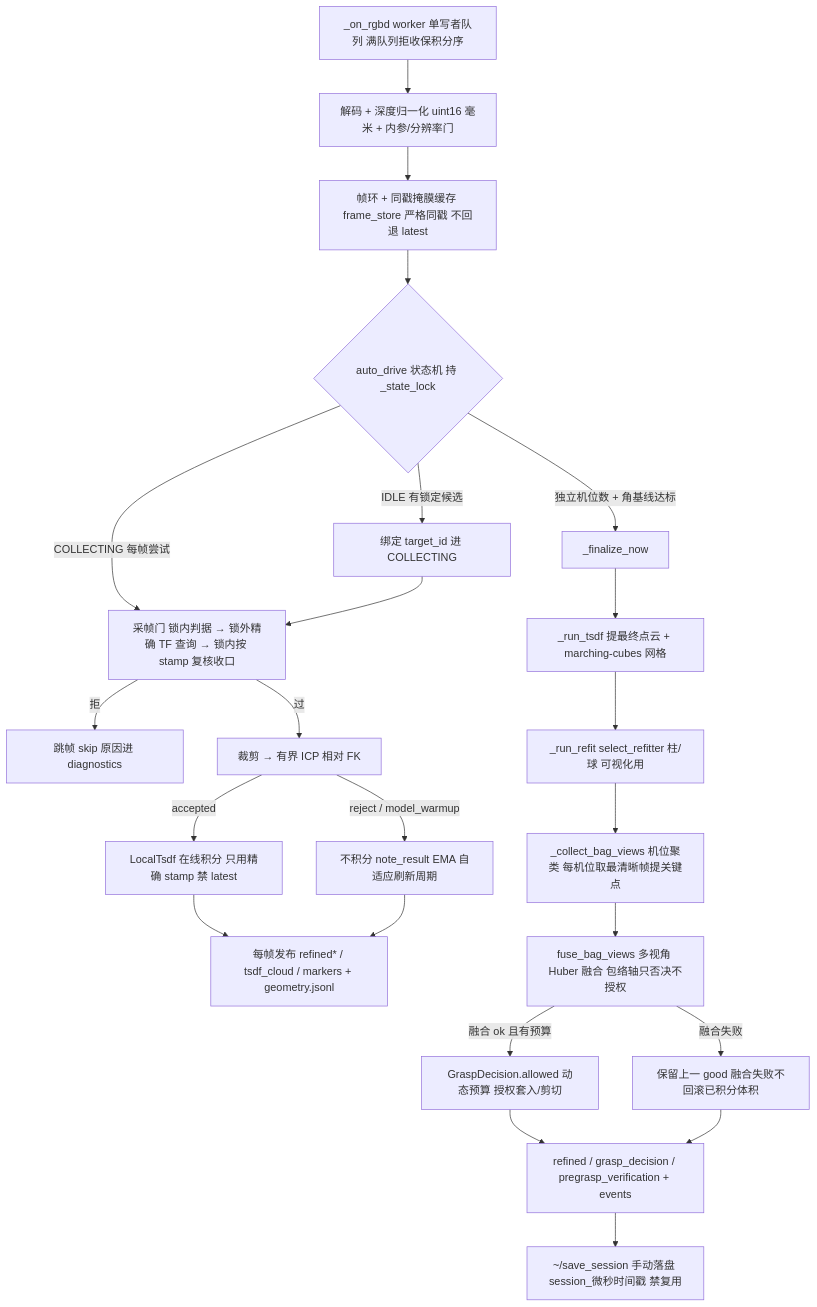
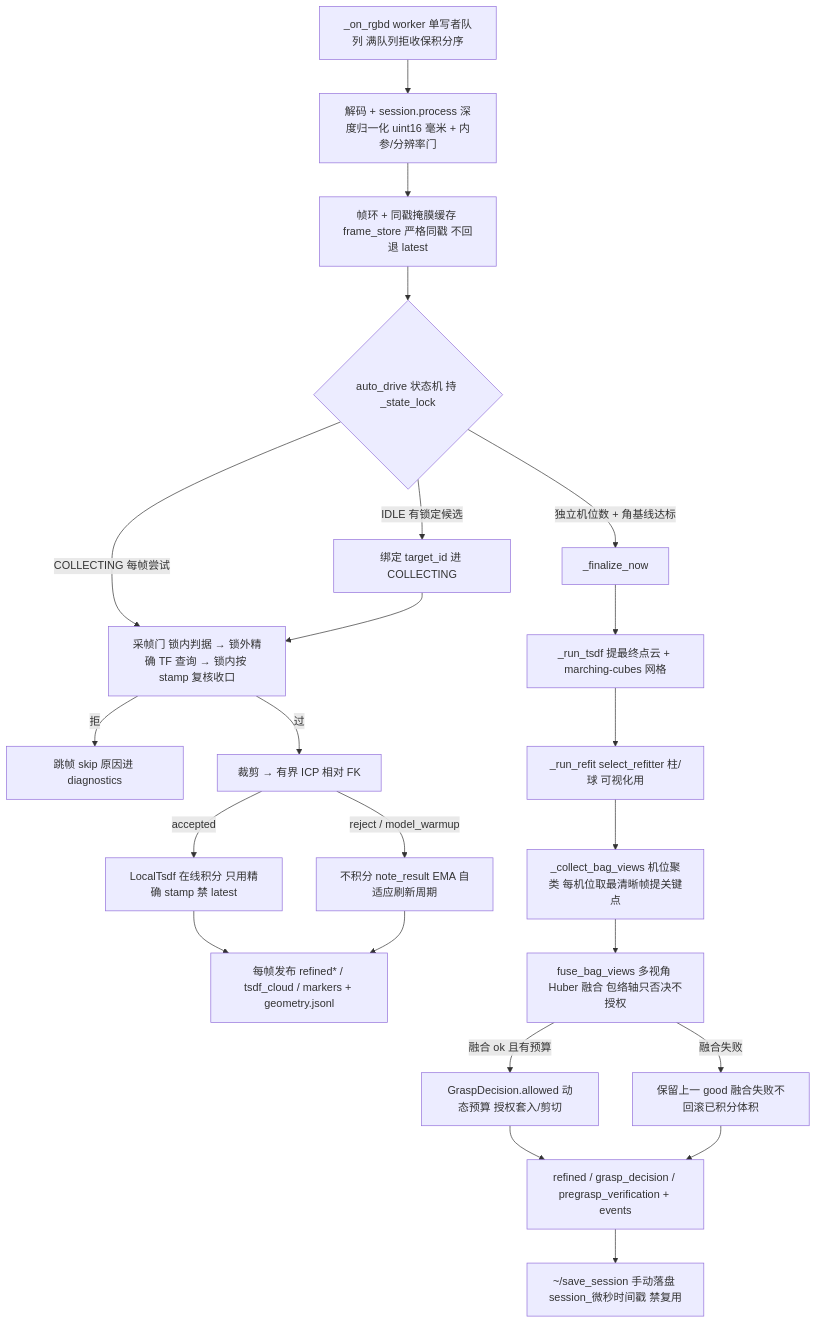
The ninth of 15 diagrams in docs/architecture.md (MUHAN11-c/aubo_boot), drawn with Mermaid before and after one commit. The commit also changed other lines of this file and 291 other files, not shown here.

````diff
--- a/docs/architecture.md
+++ b/docs/architecture.md
@@ -547,25 +556,25 @@
 ```mermaid
 flowchart TD
-  q["_on_rgbd worker 单写者队列 满队列拒收保积分序"] --> dec["解码 + 深度归一化 uint16 毫米 + 内参/分辨率门"]
+  q["_on_rgbd worker 单写者队列 满队列拒收保积分序"] --> dec["解码 + session.process 深度归一化 uint16 毫米 + 内参/分辨率门"]
   dec --> ring["帧环 + 同戳掩膜缓存 frame_store 严格同戳 不回退 latest"]
   ring --> auto{"auto_drive 状态机 持 _state_lock"}
   auto -->|"IDLE 有锁定候选"| bind["绑定 target_id 进 COLLECTING"]
   auto -->|"COLLECTING 每帧尝试"| gate["采帧门 锁内判据 → 锁外精确 TF 查询 → 锁内按 stamp 复核收口"]
   gate -->|拒| skip["跳帧 skip 原因进 diagnostics"]
   gate -->|过| icp["裁剪 → 有界 ICP 相对 FK"]
   icp -->|"reject / model_warmup"| inc["不积分 note_result EMA 自适应刷新周期"]
   icp -->|accepted| tsdf["LocalTsdf 在线积分 只用精确 stamp 禁 latest"]
   tsdf --> live["每帧发布 refined* / tsdf_cloud / markers + geometry.jsonl"]
   inc --> live
   bind --> gate
   auto -->|"独立机位数 + 角基线达标"| fin["_finalize_now"]
   fin --> ts["_run_tsdf 提最终点云 + marching-cubes 网格"]
   ts --> rf["_run_refit select_refitter 柱/球 可视化用"]
   rf --> views["_collect_bag_views 机位聚类 每机位取最清晰帧提关键点"]
   views --> fuse["fuse_bag_views 多视角 Huber 融合 包络轴只否决不授权"]
   fuse -->|"融合 ok 且有预算"| gd["GraspDecision.allowed 动态预算 授权套入/剪切"]
   fuse -->|"融合失败"| keep["保留上一 good 融合失败不回滚已积分体积"]
   gd --> out["refined / grasp_decision / pregrasp_verification + events"]
   keep --> out
   out --> sess["~/save_session 手动落盘 session_微秒时间戳 禁复用"]
 ```
````
